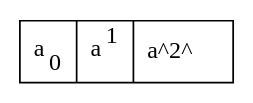
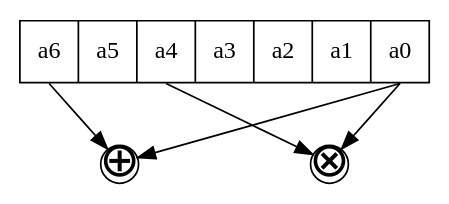
Before and after one commit to githubhy/SigCorr: the third of 3 diagrams in seq.qmd, drawn with Graphviz.

Commit message:
Have been trying to draw the shift register using Graphviz. It finally succeeded, though being a little bit hacky.

````diff
--- a/seq.qmd
+++ b/seq.qmd
@@ -42,14 +42,21 @@
 ```{dot}
 digraph G {
 //| label: fig-reg
 //| fig-cap: "Registers"
 //| fig-reponsive: true
 //| fig-width: 10
 //| echo: true
 
-  graph [rankdir = TB];
+  graph [rankdir = TB, splines=line]; //nodesep=0.1
+  //graph [rankdir = TB, penwidth=0, labelloc="b"];
 
   node [shape = record];
-    reg [label = <a<sub>0</sub> | a<sup>1</sup> | a^2^>]
+    reg [label = "<a6>a6 | a5 | <a4>a4 | a3 | a2 | a1 | <a0>a0"];
+    add [shape = circle, label = "⊕", fontsize = 28, fixedsize = true, width=0.3];
+    mul [shape = circle, label = "⊗", fontsize = 28, fixedsize = true, width=0.3];
+    reg:a4 -> mul;
+    reg:a0 -> mul;
+    reg:a6 -> add;
+    reg:a0 -> add;
 }
 ```
````
